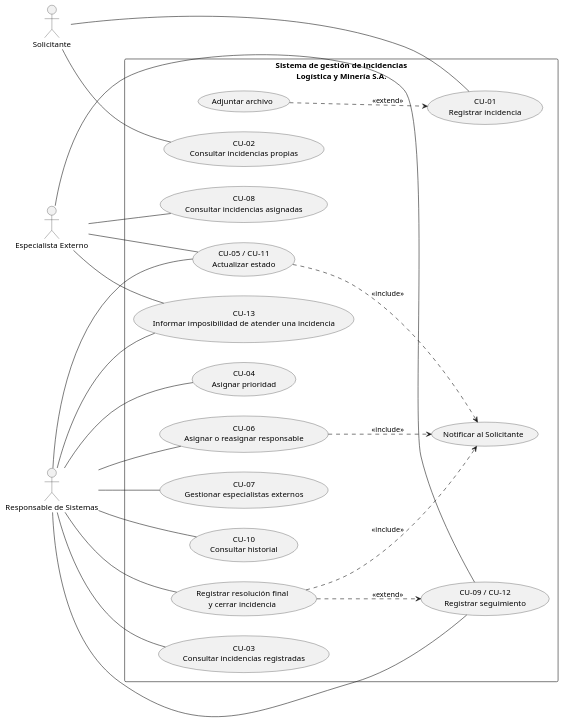
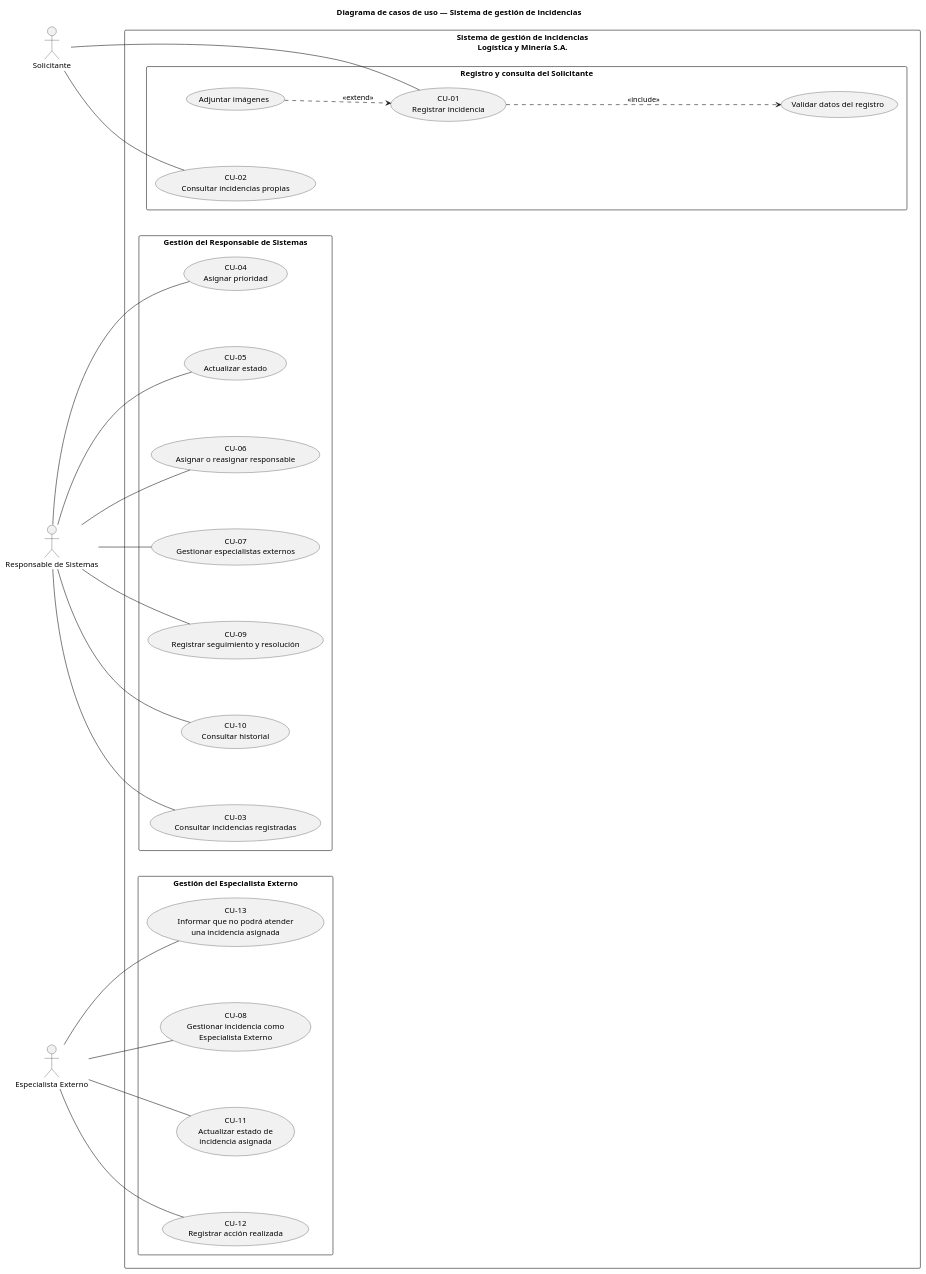
One commit to Luciosanfi7413/Caso-de-estudio-Log-stica-y-Miner-a-S.A changed the diagram in diagramas/casos-de-uso.puml. Above: the diagram before and after it, drawn with PlantUML. The commit also changed 1 other file, not shown here.

Commit message:
Corrigiendo el diagrama de casos de uso en base al feedback recibido

```diff
--- a/diagramas/casos-de-uso.puml
+++ b/diagramas/casos-de-uso.puml
@@ -1,54 +1,58 @@
 @startuml
+title Diagrama de casos de uso — Sistema de gestión de incidencias
+
 left to right direction
 skinparam packageStyle rectangle
+skinparam nodesep 100
 
 actor "Solicitante" as Solicitante
 actor "Responsable de Sistemas" as Sistemas
 actor "Especialista Externo" as Externo
 
 rectangle "Sistema de gestión de incidencias\nLogística y Minería S.A." {
-  usecase "CU-01\nRegistrar incidencia" as CU01
-  usecase "Adjuntar archivo" as Adjuntar
 
-  usecase "CU-02\nConsultar incidencias propias" as CU02
-  usecase "CU-03\nConsultar incidencias registradas" as CU03
-  usecase "CU-04\nAsignar prioridad" as CU04
-  usecase "CU-06\nAsignar o reasignar responsable" as CU06
-  usecase "CU-07\nGestionar especialistas externos" as CU07
-  usecase "CU-10\nConsultar historial" as CU10
+  package "Registro y consulta del Solicitante" {
+    usecase "CU-01\nRegistrar incidencia" as CU01
+    usecase "Validar datos del registro" as Validar
+    usecase "Adjuntar imágenes" as Adjuntar
+    usecase "CU-02\nConsultar incidencias propias" as CU02
+  }
 
-  usecase "CU-05 / CU-11\nActualizar estado" as CU05
-  usecase "CU-08\nConsultar incidencias asignadas" as CU08
-  usecase "CU-09 / CU-12\nRegistrar seguimiento" as CU09
-  usecase "Registrar resolución final\ny cerrar incidencia" as Cerrar
-  usecase "CU-13\nInformar imposibilidad de atender una incidencia" as CU13
+  package "Gestión del Responsable de Sistemas" {
+    usecase "CU-03\nConsultar incidencias registradas" as CU03
+    usecase "CU-04\nAsignar prioridad" as CU04
+    usecase "CU-05\nActualizar estado" as CU05
+    usecase "CU-06\nAsignar o reasignar responsable" as CU06
+    usecase "CU-07\nGestionar especialistas externos" as CU07
+    usecase "CU-09\nRegistrar seguimiento y resolución" as CU09
+    usecase "CU-10\nConsultar historial" as CU10
+  }
 
-  usecase "Notificar al Solicitante" as Notificar
+  package "Gestión del Especialista Externo" {
+    usecase "CU-08\nGestionar incidencia como\nEspecialista Externo" as CU08
+    usecase "CU-11\nActualizar estado de\nincidencia asignada" as CU11
+    usecase "CU-12\nRegistrar acción realizada" as CU12
+    usecase "CU-13\nInformar que no podrá atender\nuna incidencia asignada" as CU13
+  }
 }
 
 Solicitante -- CU01
 Solicitante -- CU02
 
 Sistemas -- CU03
 Sistemas -- CU04
 Sistemas -- CU05
 Sistemas -- CU06
 Sistemas -- CU07
 Sistemas -- CU09
 Sistemas -- CU10
-Sistemas -- Cerrar
-Sistemas -- CU13
 
-Externo -- CU05
 Externo -- CU08
-Externo -- CU09
+Externo -- CU11
+Externo -- CU12
 Externo -- CU13
 
+CU01 ........> Validar : <<include>>
 Adjuntar ..> CU01 : <<extend>>
 
-CU05 ..> Notificar : <<include>>
-CU06 ..> Notificar : <<include>>
-Cerrar ..> Notificar : <<include>>
-Cerrar ..> CU09 : <<extend>>
-
 @enduml
```
